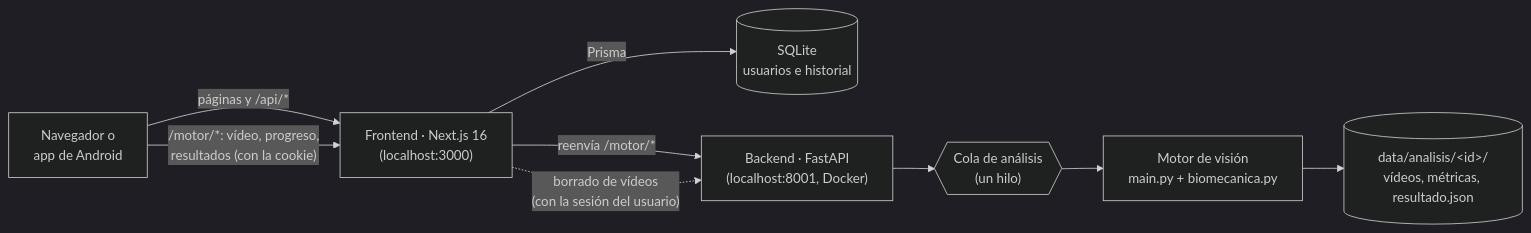
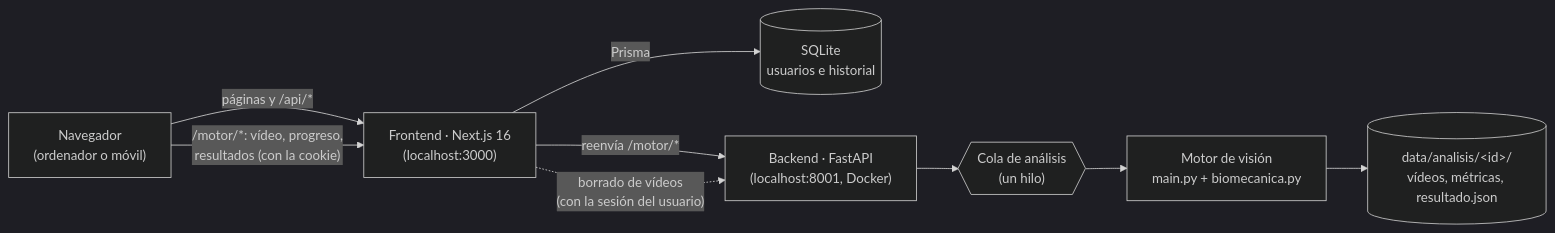
The diagram in README.md (caarlosverde/tenisai), drawn with Mermaid (dark theme) before and after one commit. The commit also changed other lines of this file and 58 other files, not shown here.

First line of the commit message:
Solo web: se elimina la app de Android (Capacitor)

````diff
--- a/README.md
+++ b/README.md
@@ -65,11 +64,11 @@
 ```mermaid
 flowchart LR
-    N["Navegador o<br/>app de Android"] -- "páginas y /api/*" --> F["Frontend · Next.js 16<br/>(localhost:3000)"]
+    N["Navegador<br/>(ordenador o móvil)"] -- "páginas y /api/*" --> F["Frontend · Next.js 16<br/>(localhost:3000)"]
     F -- Prisma --> DB[("SQLite<br/>usuarios e historial")]
     N -- "/motor/*: vídeo, progreso,<br/>resultados (con la cookie)" --> F
     F -- "reenvía /motor/*" --> B["Backend · FastAPI<br/>(localhost:8001, Docker)"]
     B --> C{{"Cola de análisis<br/>(un hilo)"}}
     C --> M["Motor de visión<br/>main.py + biomecanica.py"]
     M --> D[("data/analisis/&lt;id&gt;/<br/>vídeos, métricas, resultado.json")]
     F -. "borrado de vídeos<br/>(con la sesión del usuario)" .-> B
 ```
````
